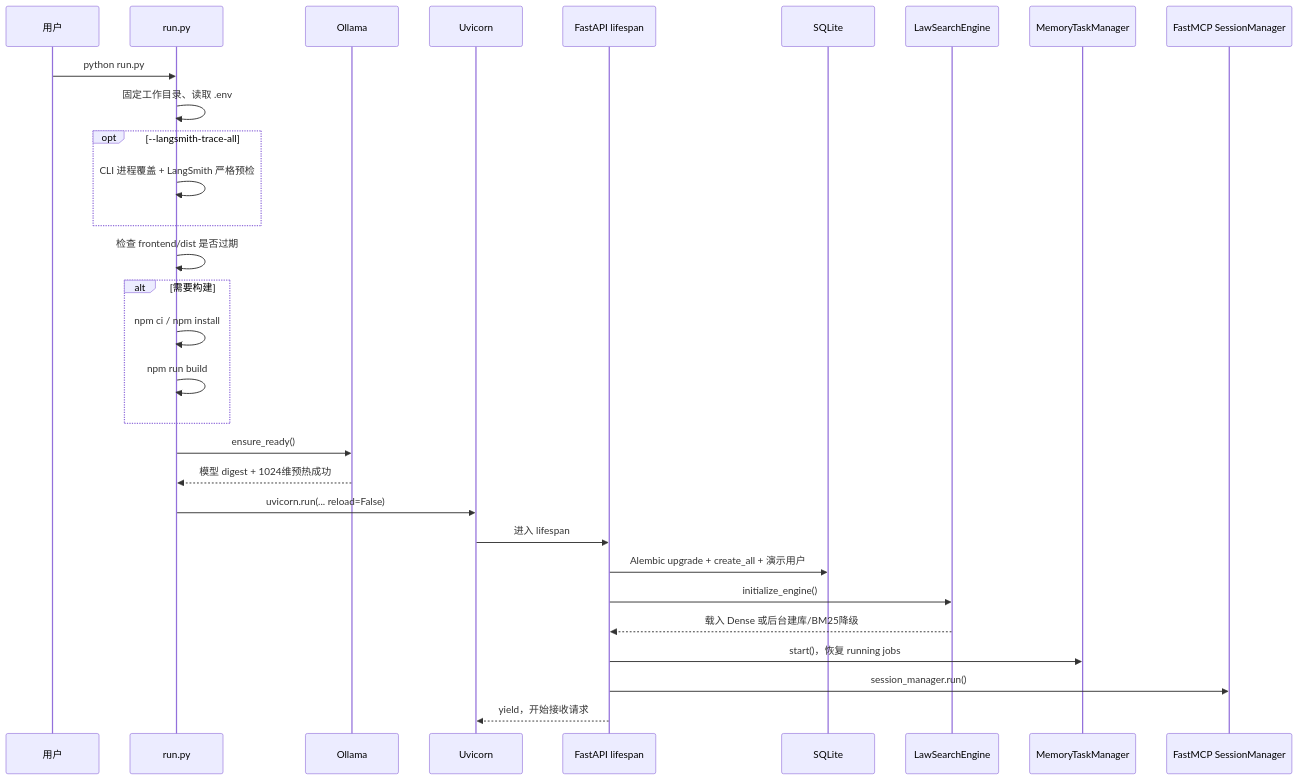
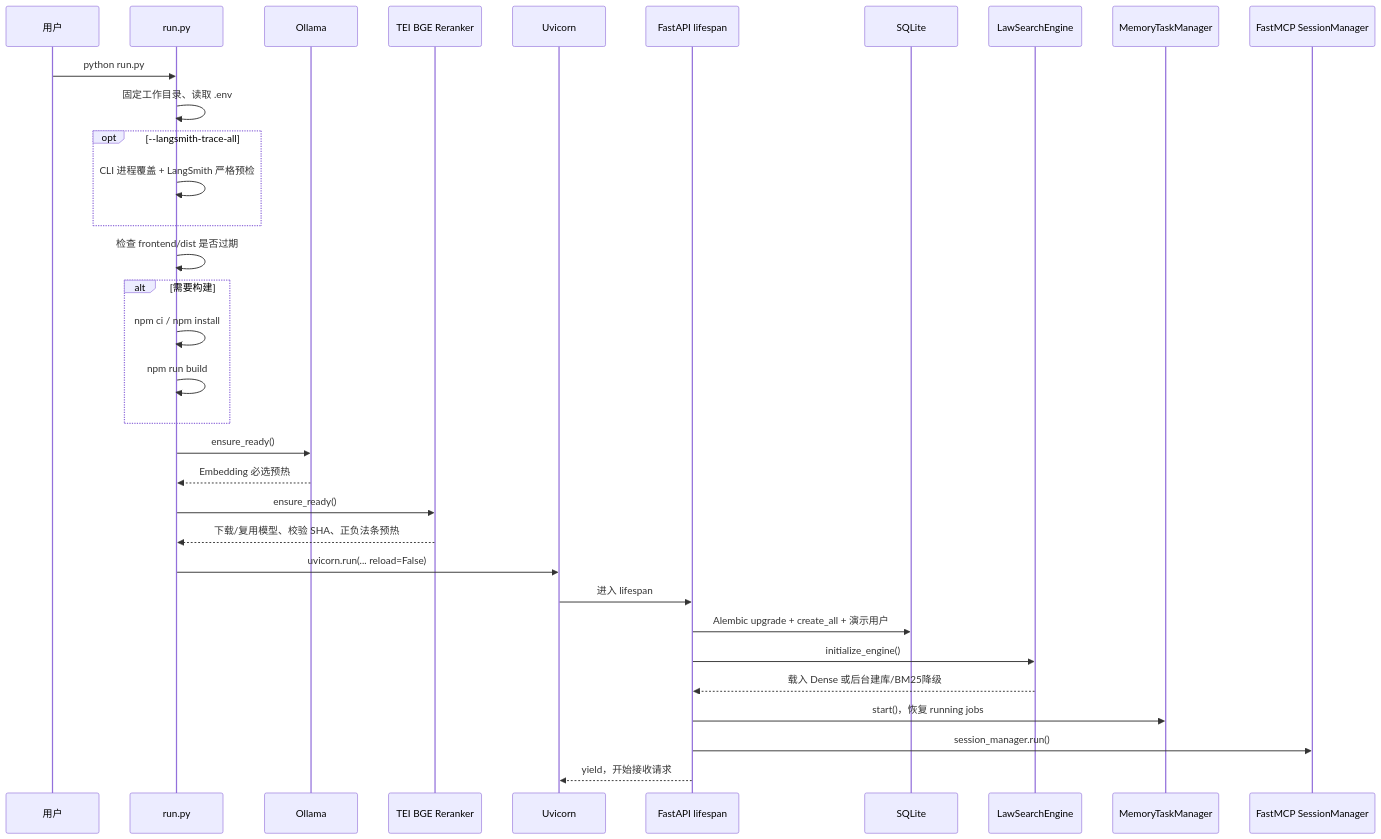
The diagram in resume/startup.md (Vinn7/LawStation), drawn with Mermaid before and after one commit. The commit also changed other lines of this file and 49 other files, not shown here.

````diff
--- a/resume/startup.md
+++ b/resume/startup.md
@@ -16,33 +16,36 @@
 ```mermaid
 sequenceDiagram
     participant User as 用户
     participant Run as run.py
     participant Ollama as Ollama
+    participant TEI as TEI BGE Reranker
     participant Uvicorn as Uvicorn
     participant App as FastAPI lifespan
     participant DB as SQLite
     participant RAG as LawSearchEngine
     participant Memory as MemoryTaskManager
     participant MCP as FastMCP SessionManager
 
     User->>Run: python run.py
     Run->>Run: 固定工作目录、读取 .env
     opt --langsmith-trace-all
         Run->>Run: CLI 进程覆盖 + LangSmith 严格预检
     end
     Run->>Run: 检查 frontend/dist 是否过期
     alt 需要构建
         Run->>Run: npm ci / npm install
         Run->>Run: npm run build
     end
     Run->>Ollama: ensure_ready()
-    Ollama-->>Run: 模型 digest + 1024维预热成功
+    Ollama-->>Run: Embedding 必选预热
+    Run->>TEI: ensure_ready()
+    TEI-->>Run: 下载/复用模型、校验 SHA、正负法条预热
     Run->>Uvicorn: uvicorn.run(... reload=False)
     Uvicorn->>App: 进入 lifespan
     App->>DB: Alembic upgrade + create_all + 演示用户
     App->>RAG: initialize_engine()
     RAG-->>App: 载入 Dense 或后台建库/BM25降级
     App->>Memory: start()，恢复 running jobs
     App->>MCP: session_manager.run()
     App-->>Uvicorn: yield，开始接收请求
 ```
````
